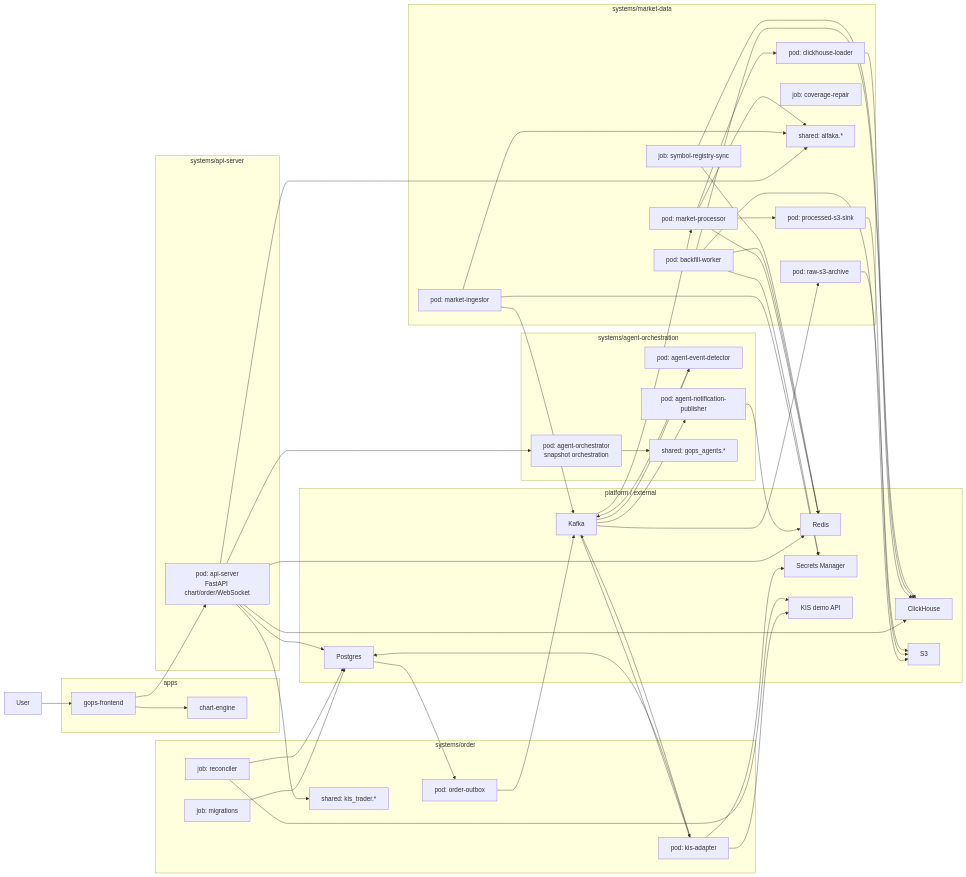
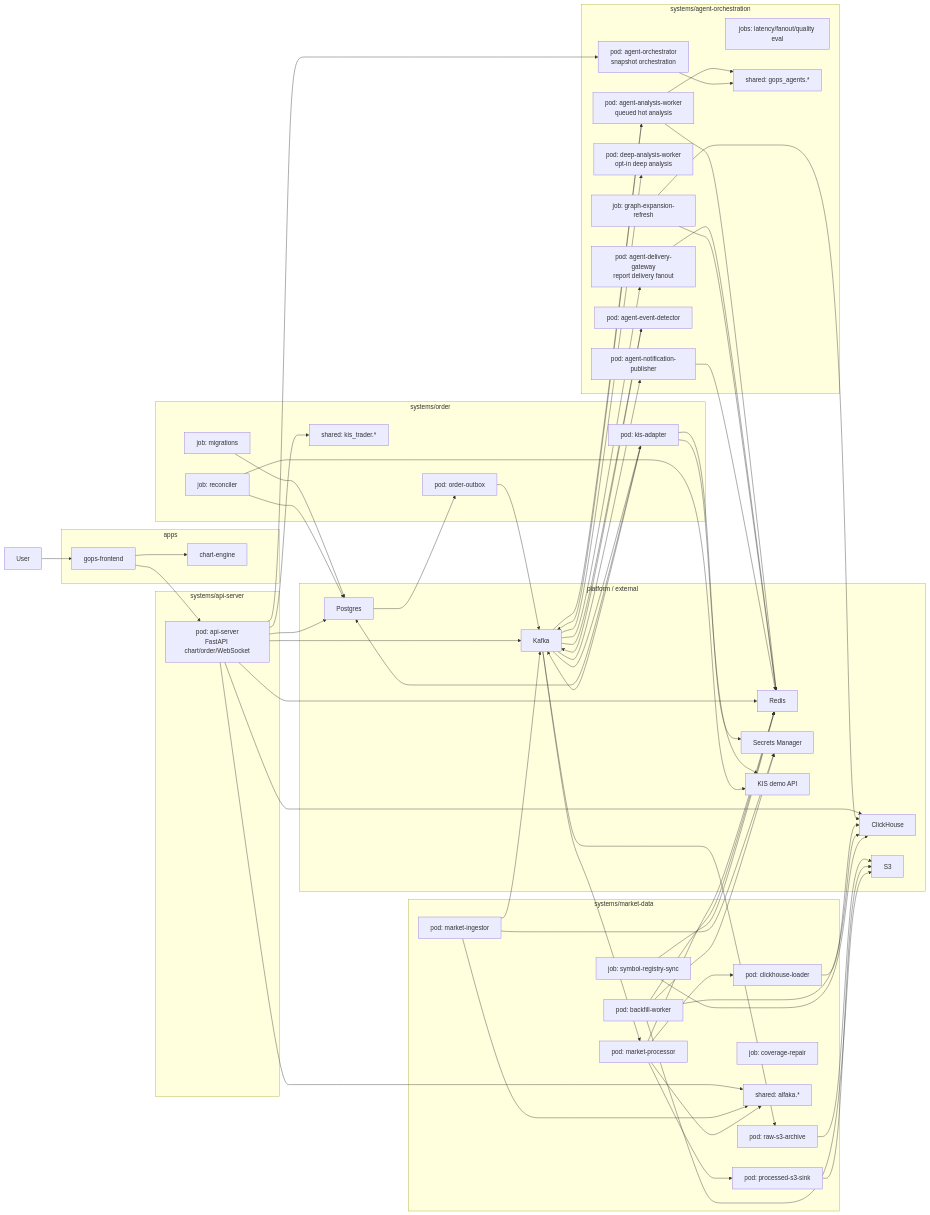
The diagram in docs/ARCHITECTURE.md (seunglee10/GOPS-BE), drawn with Mermaid before and after one commit. The commit also changed 62 other files, not shown here.

```diff
--- a/docs/ARCHITECTURE.md
+++ b/docs/ARCHITECTURE.md
@@ -54,6 +54,11 @@
 
   subgraph Agents["systems/agent-orchestration"]
     AgentOrch["pod: agent-orchestrator<br/>snapshot orchestration"]
+    AgentWorker["pod: agent-analysis-worker<br/>queued hot analysis"]
+    DeepWorker["pod: deep-analysis-worker<br/>opt-in deep analysis"]
+    DeliveryGateway["pod: agent-delivery-gateway<br/>report delivery fanout"]
+    GraphRefresh["job: graph-expansion-refresh"]
+    AgentEval["jobs: latency/fanout/quality eval"]
     EventDetector["pod: agent-event-detector"]
     AlertPublisher["pod: agent-notification-publisher"]
     AgentShared["shared: gops_agents.*"]
@@ -97,6 +102,16 @@
   ApiServer --> ClickHouse
   ApiServer --> Postgres
   ApiServer --> AgentOrch
+  ApiServer --> Kafka
+  Kafka --> AgentWorker
+  Kafka --> DeepWorker
+  AgentWorker --> Redis
+  AgentWorker --> Kafka
+  AgentWorker --> AgentShared
+  Kafka --> DeliveryGateway
+  DeliveryGateway --> Redis
+  GraphRefresh --> Redis
+  GraphRefresh --> ClickHouse
   ApiServer --> MarketShared
   ApiServer --> OrderShared
 
```
